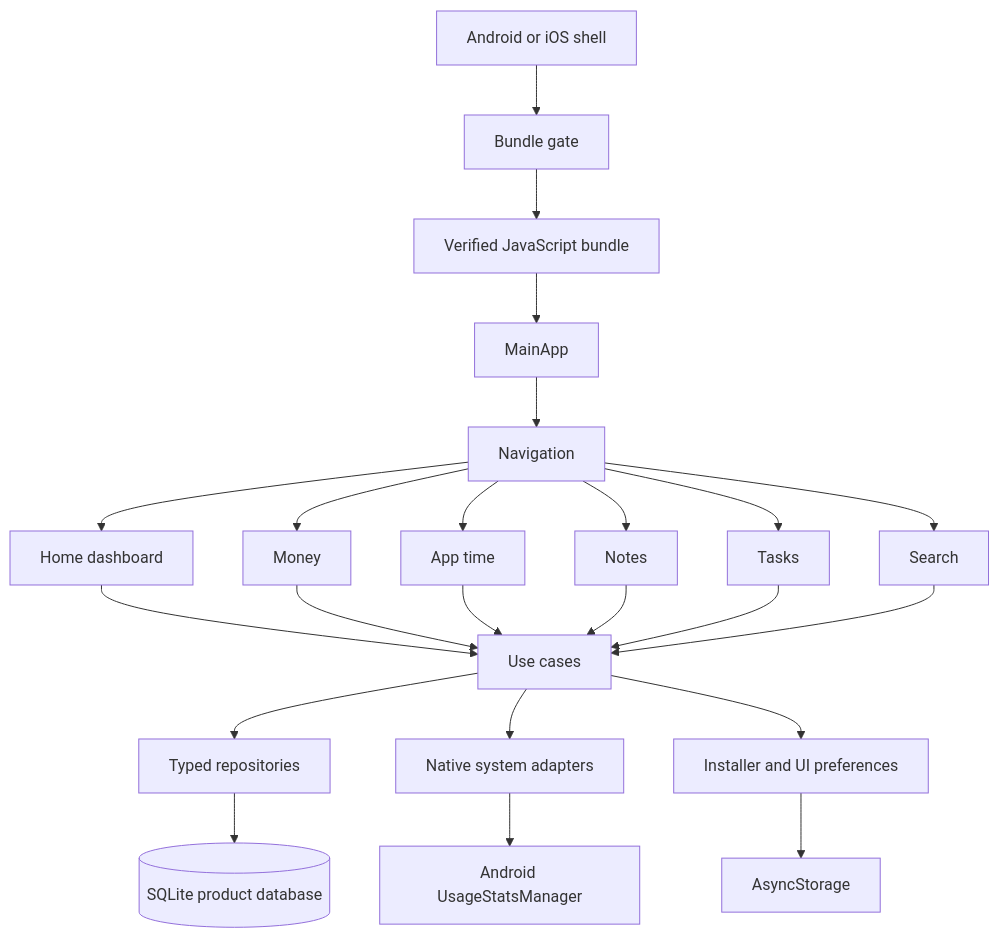
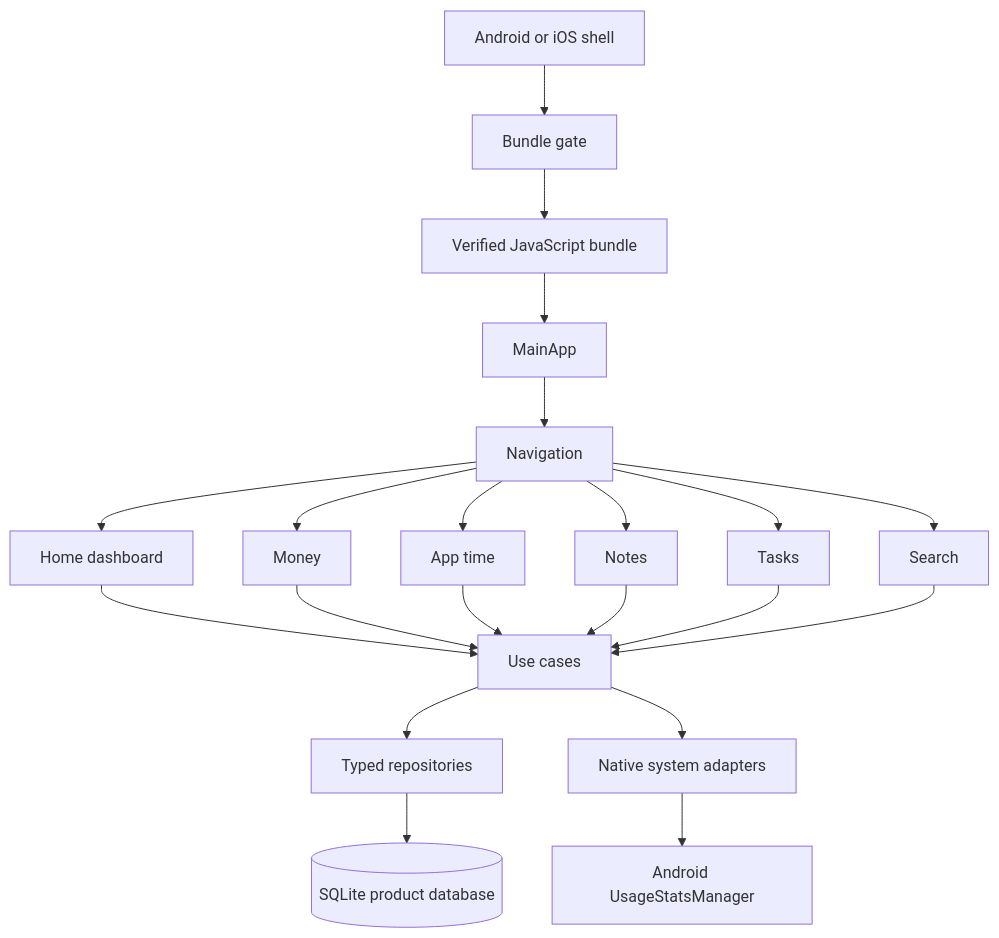
The first of 2 diagrams in docs/architecture.md (Tsukugi/Yuzuha), drawn with Mermaid before and after one commit. The commit also changed other lines of this file and 23 other files, not shown here.

````diff
--- a/docs/architecture.md
+++ b/docs/architecture.md
@@ -11,25 +11,23 @@
 ```mermaid
 flowchart TD
     OS[Android or iOS shell] --> G[Bundle gate]
     G --> B[Verified JavaScript bundle]
     B --> APP[MainApp]
     APP --> NAV[Navigation]
     NAV --> HOME[Home dashboard]
     NAV --> MONEY[Money]
     NAV --> TIME[App time]
     NAV --> NOTES[Notes]
     NAV --> TASKS[Tasks]
     NAV --> SEARCH[Search]
     HOME --> USE[Use cases]
     MONEY --> USE
     TIME --> USE
     NOTES --> USE
     TASKS --> USE
     SEARCH --> USE
     USE --> REPO[Typed repositories]
     REPO --> DB[(SQLite product database)]
     USE --> SYS[Native system adapters]
     SYS --> USAGE[Android UsageStatsManager]
-    USE --> PREFS[Installer and UI preferences]
-    PREFS --> ASYNC[AsyncStorage]
 ```
````
